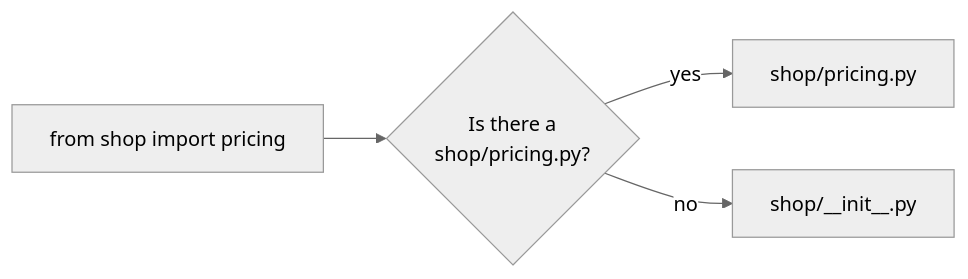
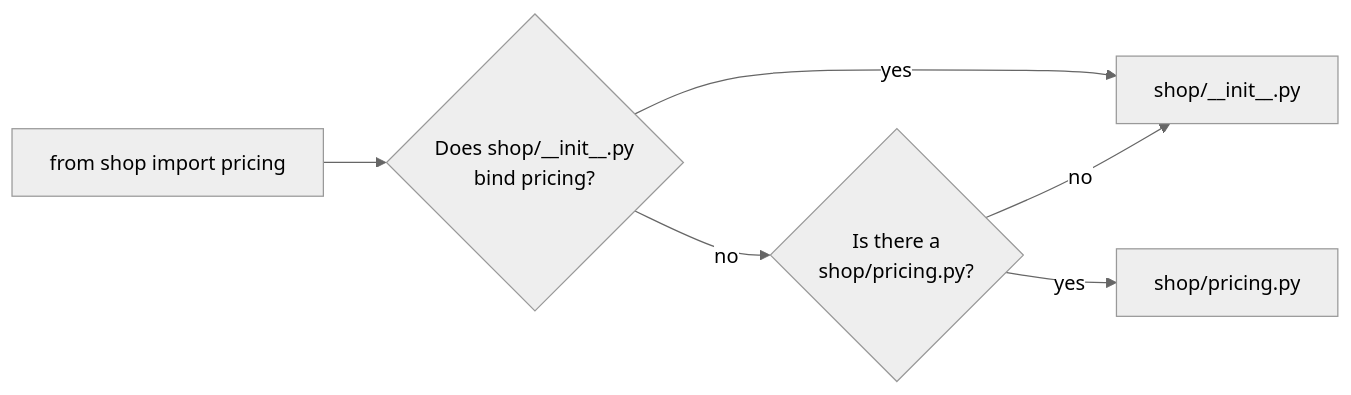
Before and after one commit to kidlat-dakila/flight-plan: the second of 4 diagrams in docs/vocabulary/codegraph/languages/python.md, drawn with Mermaid (neutral theme). The commit also changed other lines of this file and 24 other files, not shown here.

````diff
--- a/docs/vocabulary/codegraph/languages/python.md
+++ b/docs/vocabulary/codegraph/languages/python.md
@@ -65,6 +77,8 @@
 ```mermaid
 flowchart LR
-  statement["from shop import pricing"] --> tryModule{"Is there a<br/>shop/pricing.py?"}
+  statement["from shop import pricing"] --> binds{"Does shop/__init__.py<br/>bind pricing?"}
+  binds -->|yes| init["shop/__init__.py"]
+  binds -->|no| tryModule{"Is there a<br/>shop/pricing.py?"}
   tryModule -->|yes| module["shop/pricing.py"]
-  tryModule -->|no| init["shop/__init__.py"]
+  tryModule -->|no| init
 ```
````
